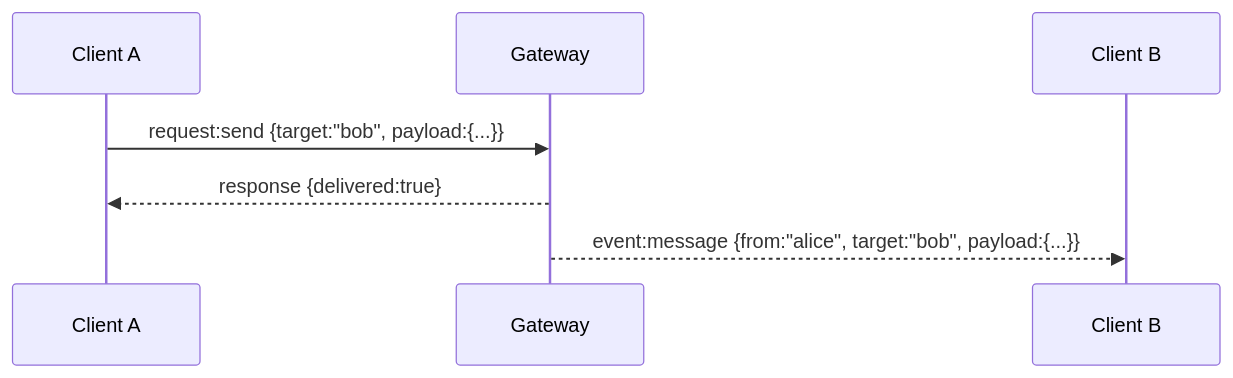
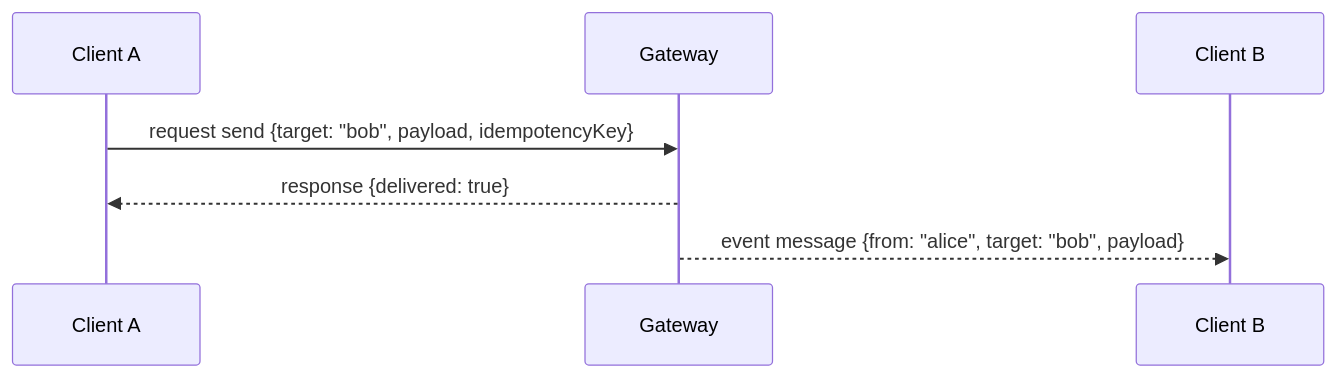
Before and after one commit to thiezn/NEXO: the fifth of 5 diagrams in docs/src/nexo/architecture.md, drawn with Mermaid. The commit also changed other lines of this file and 33 other files, not shown here.

````diff
--- a/docs/src/nexo/architecture.md
+++ b/docs/src/nexo/architecture.md
@@ -94,10 +252,10 @@
-  ```mermaid
-  sequenceDiagram
+```mermaid
+sequenceDiagram
     participant Alice as Client A
     participant Gateway
     participant Bob as Client B
 
-    Alice->>Gateway: request:send {target:"bob", payload:{...}}
-    Gateway-->>Alice: response {delivered:true}
-    Gateway-->>Bob: event:message {from:"alice", target:"bob", payload:{...}}
-  ```
+    Alice->>Gateway: request send {target: "bob", payload, idempotencyKey}
+    Gateway-->>Alice: response {delivered: true}
+    Gateway-->>Bob: event message {from: "alice", target: "bob", payload}
+```
````
